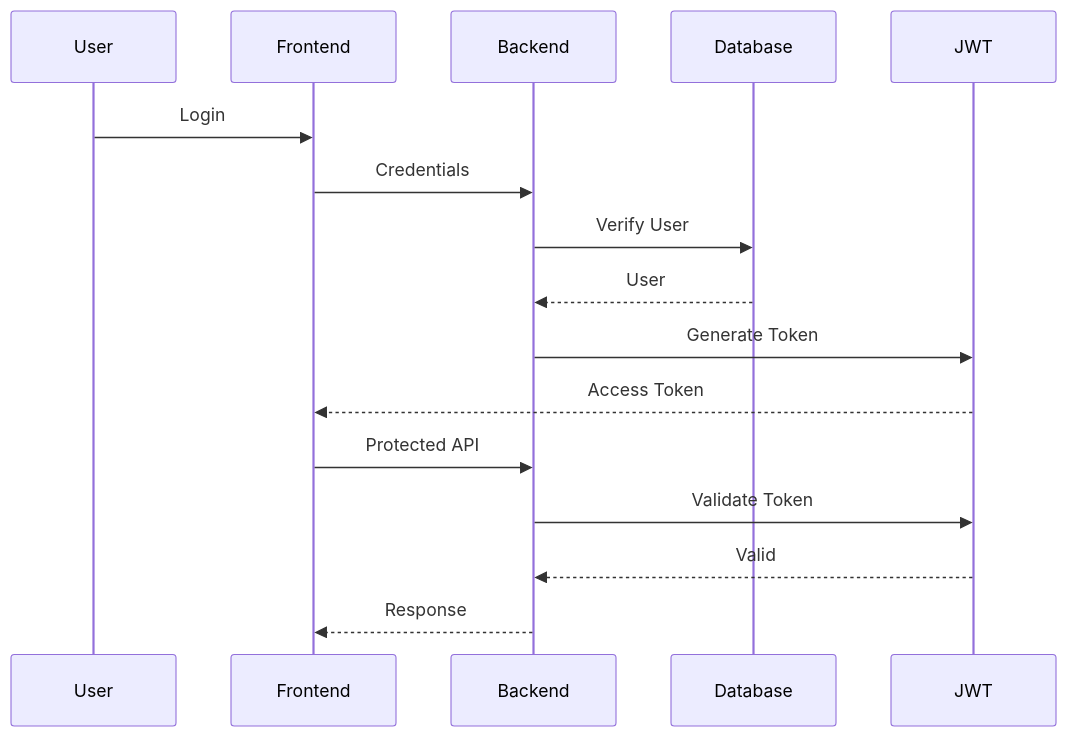
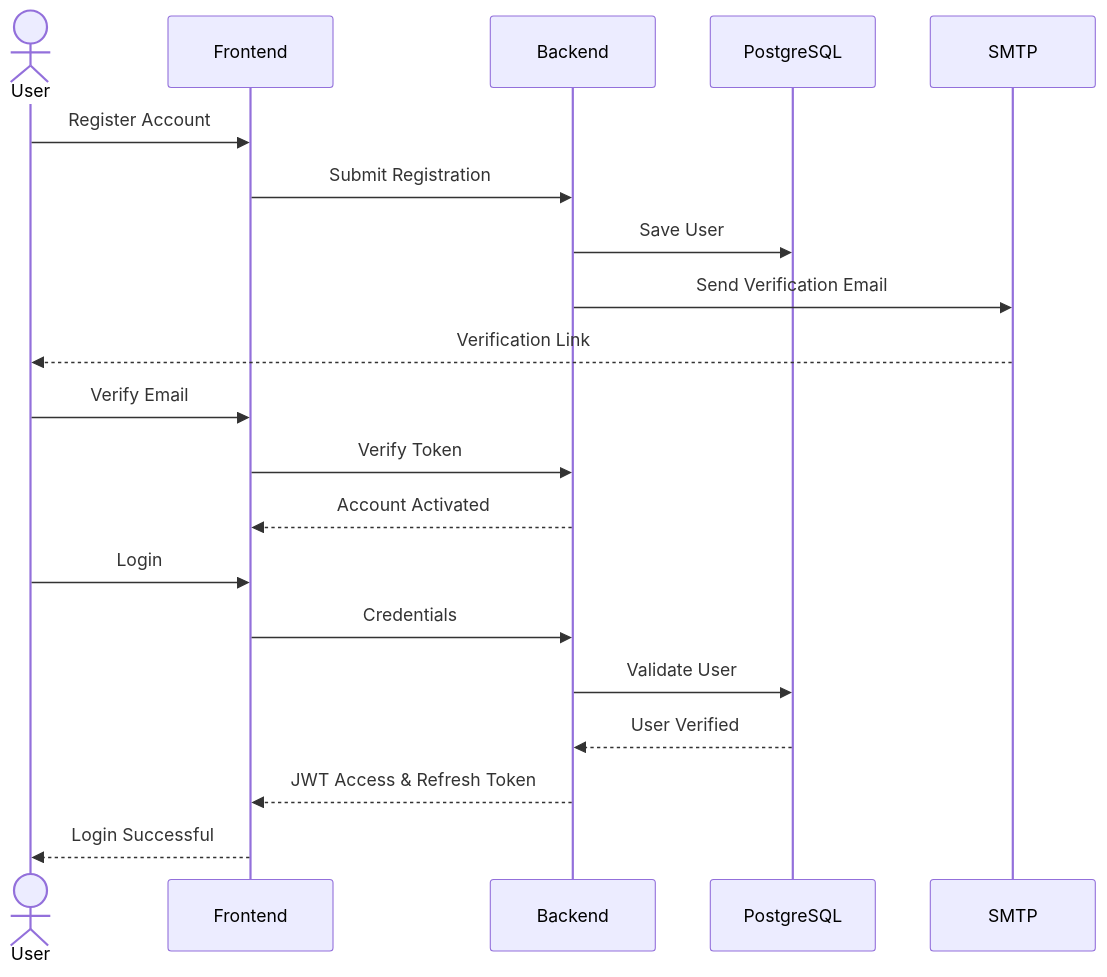
Before and after one commit to nirmitrathod74/rental-hub: the third of 8 diagrams in README.md, drawn with Mermaid. The commit also changed other lines of this file, not shown here.

````diff
--- a/README.md
+++ b/README.md
@@ -1318,23 +334,37 @@
 ```mermaid
 sequenceDiagram
+
+actor User
+participant Frontend
+participant Backend
+participant PostgreSQL
+participant SMTP
+
+User->>Frontend: Register Account
+
+Frontend->>Backend: Submit Registration
+
+Backend->>PostgreSQL: Save User
+
+Backend->>SMTP: Send Verification Email
+
+SMTP-->>User: Verification Link
+
+User->>Frontend: Verify Email
+
+Frontend->>Backend: Verify Token
+
+Backend-->>Frontend: Account Activated
 
 User->>Frontend: Login
 
 Frontend->>Backend: Credentials
 
-Backend->>Database: Verify User
+Backend->>PostgreSQL: Validate User
 
-Database-->>Backend: User
+PostgreSQL-->>Backend: User Verified
 
-Backend->>JWT: Generate Token
+Backend-->>Frontend: JWT Access & Refresh Token
 
-JWT-->>Frontend: Access Token
-
-Frontend->>Backend: Protected API
-
-Backend->>JWT: Validate Token
-
-JWT-->>Backend: Valid
-
-Backend-->>Frontend: Response
+Frontend-->>User: Login Successful
 ```
````
